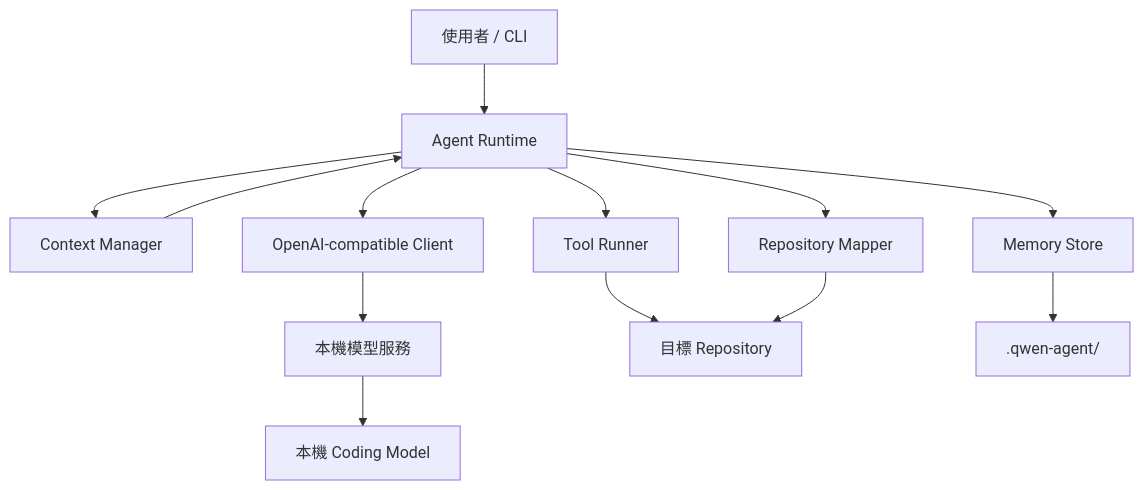
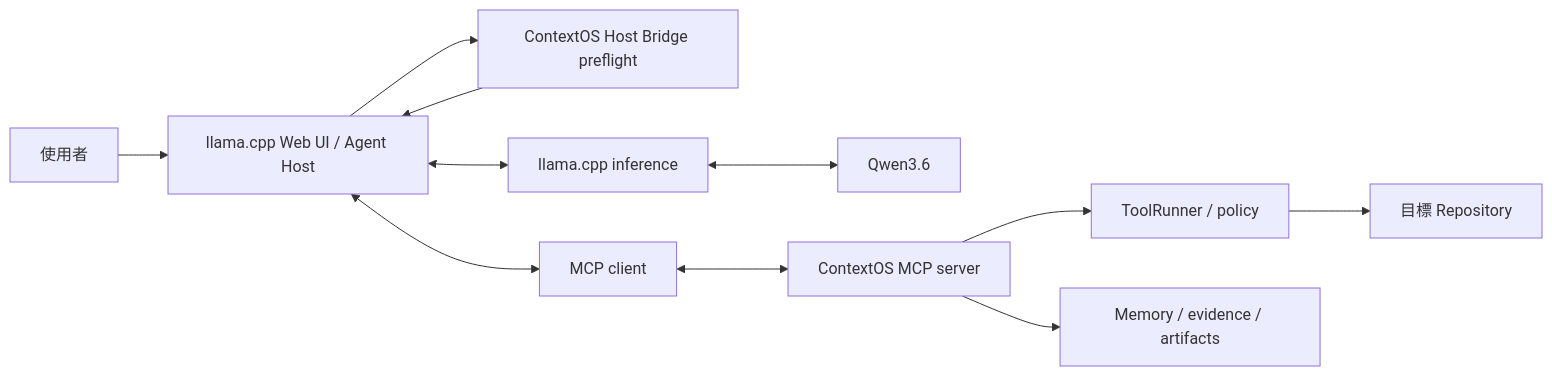
Before and after one commit to HayronHgh/context-os: the diagram in README.zh-TW.md, drawn with Mermaid. The commit also changed other lines of this file and 53 other files, not shown here.

Commit message:
feat(bridge): add bounded host context integration

````diff
--- a/README.zh-TW.md
+++ b/README.zh-TW.md
@@ -96,15 +103,13 @@
 ```mermaid
-flowchart TD
-    U["使用者 / CLI"] --> A["Agent Runtime"]
-    A --> C["Context Manager"]
-    A --> T["Tool Runner"]
-    A --> M["Memory Store"]
-    A --> R["Repository Mapper"]
-    A --> L["OpenAI-compatible Client"]
-    L --> S["本機模型服務"]
-    S --> Q["本機 Coding Model"]
+flowchart LR
+    U["使用者"] --> H["llama.cpp Web UI / Agent Host"]
+    H --> B["ContextOS Host Bridge preflight"]
+    B --> H
+    H <--> L["llama.cpp inference"]
+    L <--> Q["Qwen3.6"]
+    H <--> C["MCP client"]
+    C <--> M["ContextOS MCP server"]
+    M --> T["ToolRunner / policy"]
+    M --> D["Memory / evidence / artifacts"]
     T --> P["目標 Repository"]
-    R --> P
-    M --> D[".qwen-agent/"]
-    C --> A
 ```
````
